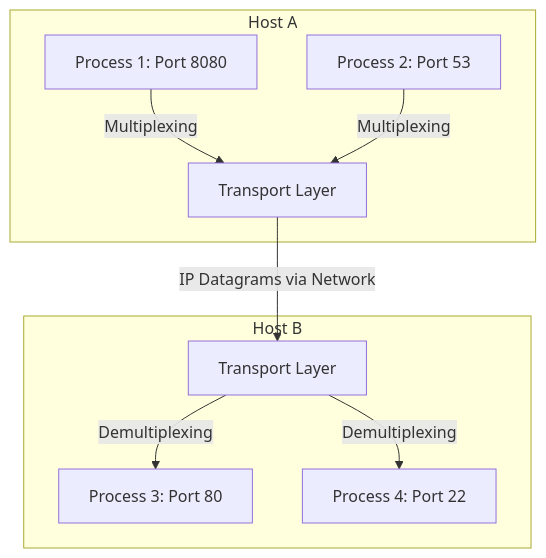
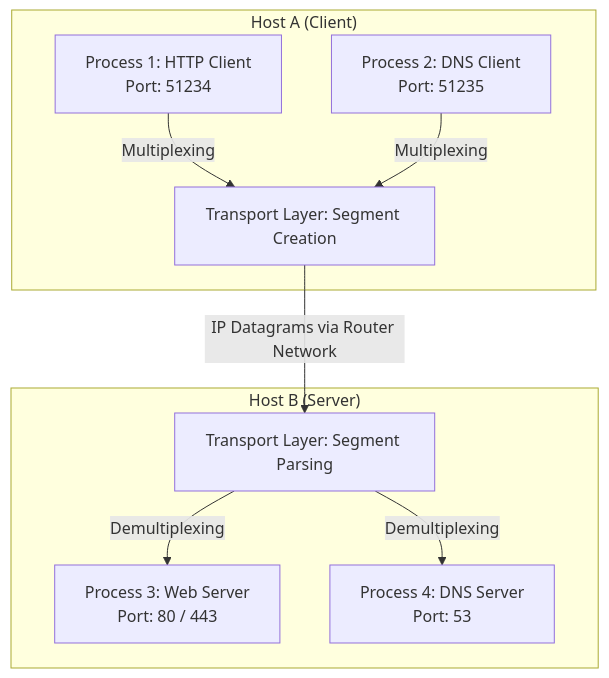
One commit to kanomoo/computer-network-and-Internet changed the first of 11 diagrams in Wiki/Chapter 3 - Transport Layer.md. Above: the diagram before and after it, drawn with Mermaid. The commit also changed other lines of this file and 9 other files, not shown here.

Commit message:
feat: add Chapter 3 transport layer documentation, study notes, and supplementary course materials

````diff
--- a/Wiki/Chapter 3 - Transport Layer.md
+++ b/Wiki/Chapter 3 - Transport Layer.md
@@ -26,15 +30,15 @@
 ```mermaid
 flowchart TD
-    subgraph Host_A ["Host A"]
-        P1[Process 1: Port 8080]
-        P2[Process 2: Port 53]
-        P1 & P2 -->|Multiplexing| TransportA[Transport Layer]
+    subgraph Host_A ["Host A (Client)"]
+        P1["Process 1: HTTP Client<br/>Port: 51234"]
+        P2["Process 2: DNS Client<br/>Port: 51235"]
+        P1 & P2 -->|Multiplexing| TransportA[Transport Layer: Segment Creation]
     end
 
-    TransportA -->|IP Datagrams via Network| TransportB
+    TransportA -->|IP Datagrams via Router Network| TransportB
 
-    subgraph Host_B ["Host B"]
-        TransportB[Transport Layer] -->|Demultiplexing| P3[Process 3: Port 80]
-        TransportB -->|Demultiplexing| P4[Process 4: Port 22]
+    subgraph Host_B ["Host B (Server)"]
+        TransportB[Transport Layer: Segment Parsing] -->|Demultiplexing| P3["Process 3: Web Server<br/>Port: 80 / 443"]
+        TransportB -->|Demultiplexing| P4["Process 4: DNS Server<br/>Port: 53"]
     end
 ```
````
